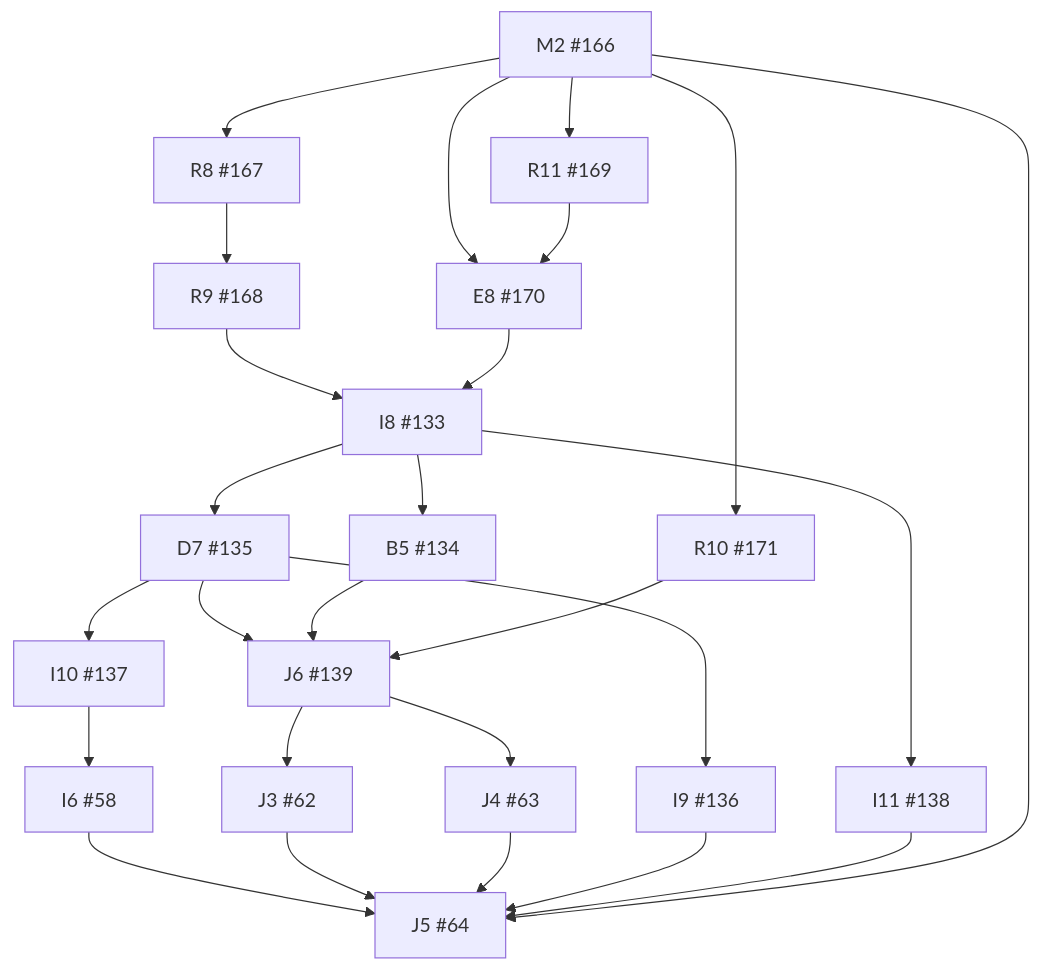
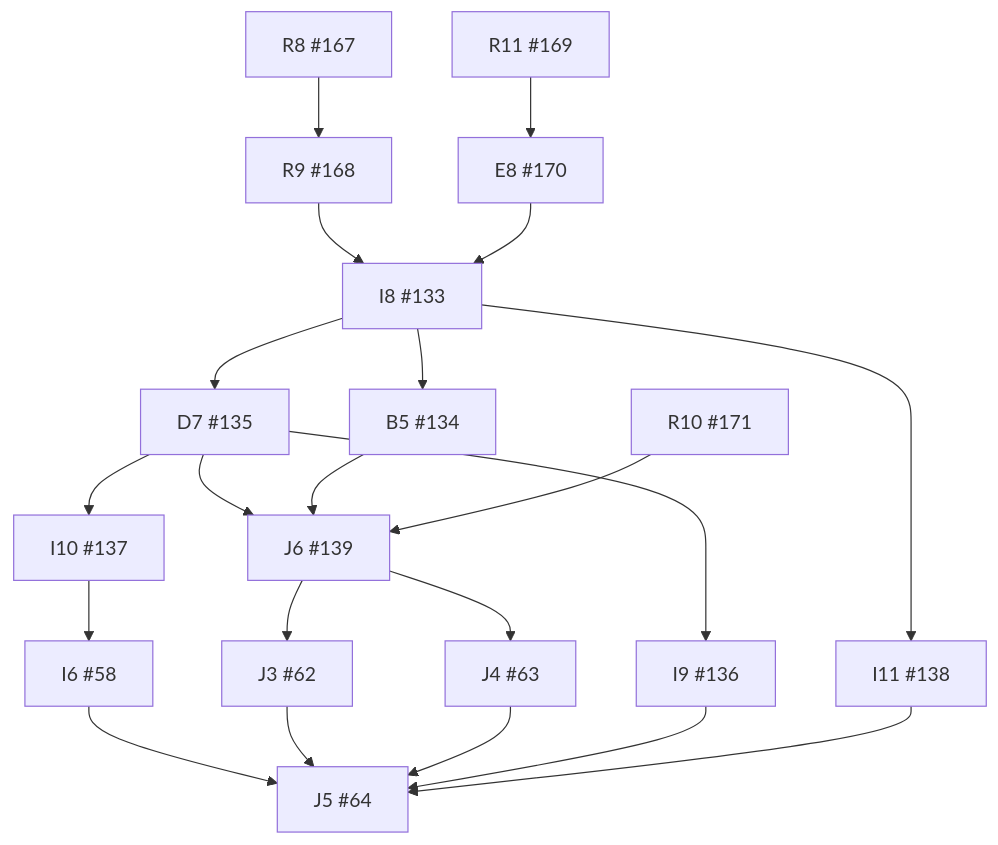
Before and after one commit to wojtekpiskorz/kiero: the diagram in docs/implementation/dependency-graph.md, drawn with Mermaid. The commit also changed other lines of this file and 2 other files, not shown here.

````diff
--- a/docs/implementation/dependency-graph.md
+++ b/docs/implementation/dependency-graph.md
@@ -9,45 +9,39 @@
 ```mermaid
 flowchart TD
   I6["I6 #58"]
   J3["J3 #62"]
   J4["J4 #63"]
   J5["J5 #64"]
   I8["I8 #133"]
   B5["B5 #134"]
   D7["D7 #135"]
   I9["I9 #136"]
   I10["I10 #137"]
   I11["I11 #138"]
   J6["J6 #139"]
-  M2["M2 #166"]
   R8["R8 #167"]
   R9["R9 #168"]
   R11["R11 #169"]
   E8["E8 #170"]
   R10["R10 #171"]
   I10 --> I6
   J6 --> J3
   J6 --> J4
   I6 --> J5
   J3 --> J5
   J4 --> J5
   I9 --> J5
   I11 --> J5
-  M2 --> J5
   R9 --> I8
   E8 --> I8
   I8 --> B5
   I8 --> D7
   D7 --> I9
   D7 --> I10
   I8 --> I11
   D7 --> J6
   B5 --> J6
   R10 --> J6
-  M2 --> R8
   R8 --> R9
-  M2 --> R11
-  M2 --> E8
   R11 --> E8
-  M2 --> R10
 ```
````
